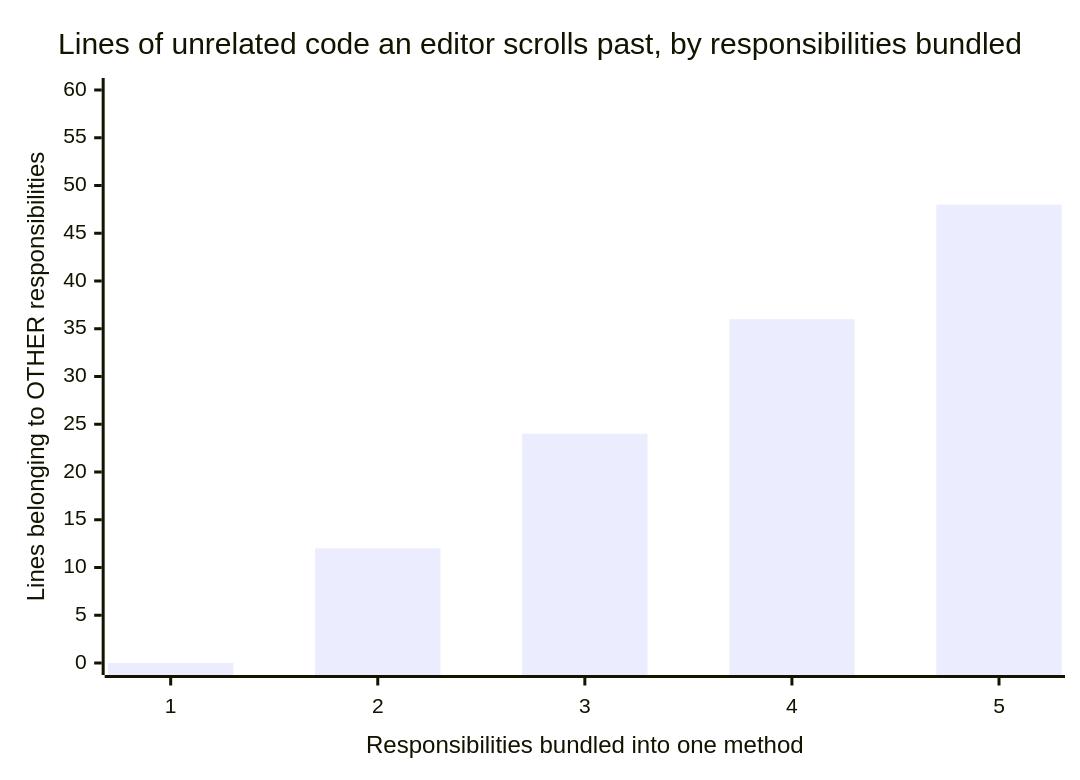
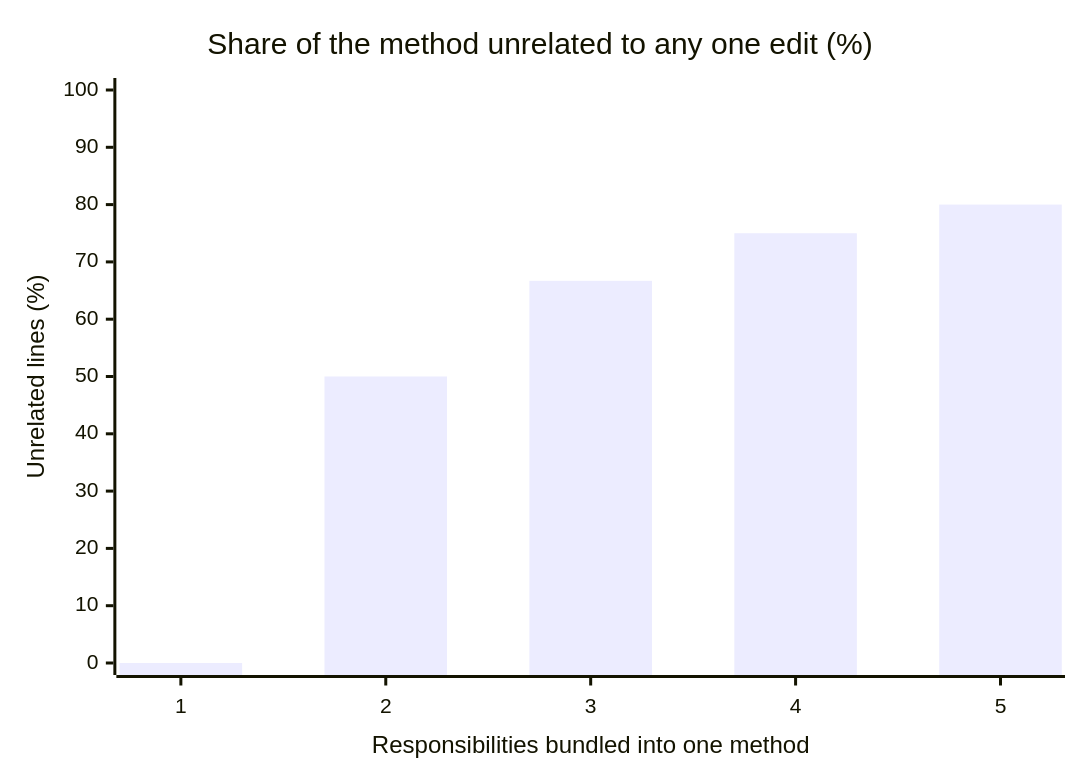
Before and after one commit to francoandreDev/knowledge: the first of 3 diagrams in src/content/software-design/single-responsibility/L3-deep-dive.mdx, drawn with Mermaid. The commit also changed other lines of this file and 20 other files, not shown here.

````diff
--- a/src/content/software-design/single-responsibility/L3-deep-dive.mdx
+++ b/src/content/software-design/single-responsibility/L3-deep-dive.mdx
@@ -70,7 +81,7 @@
 ```mermaid
 xychart-beta
-    title "Lines of unrelated code an editor scrolls past, by responsibilities bundled"
+    title "Share of the method unrelated to any one edit (%)"
     x-axis "Responsibilities bundled into one method" [1, 2, 3, 4, 5]
-    y-axis "Lines belonging to OTHER responsibilities" 0 --> 60
-    bar [0, 12, 24, 36, 48]
+    y-axis "Unrelated lines (%)" 0 --> 100
+    bar [0, 50, 66.7, 75, 80]
 ```
````
